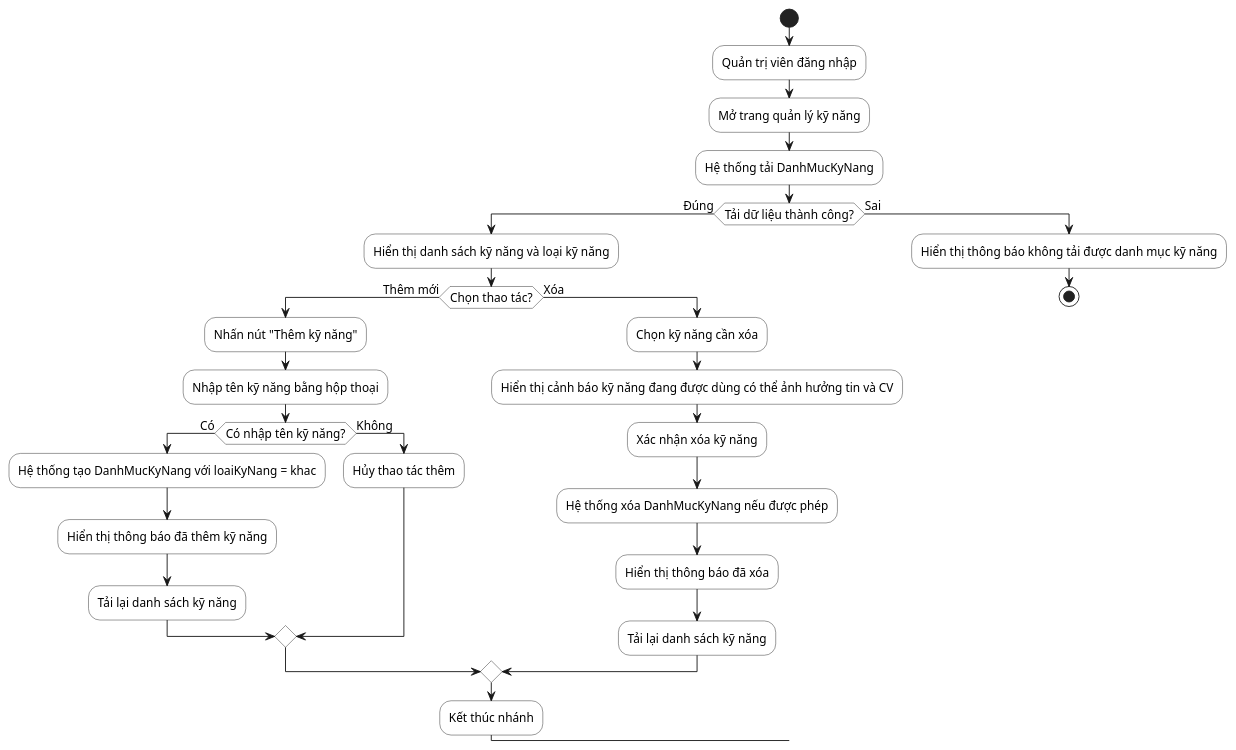
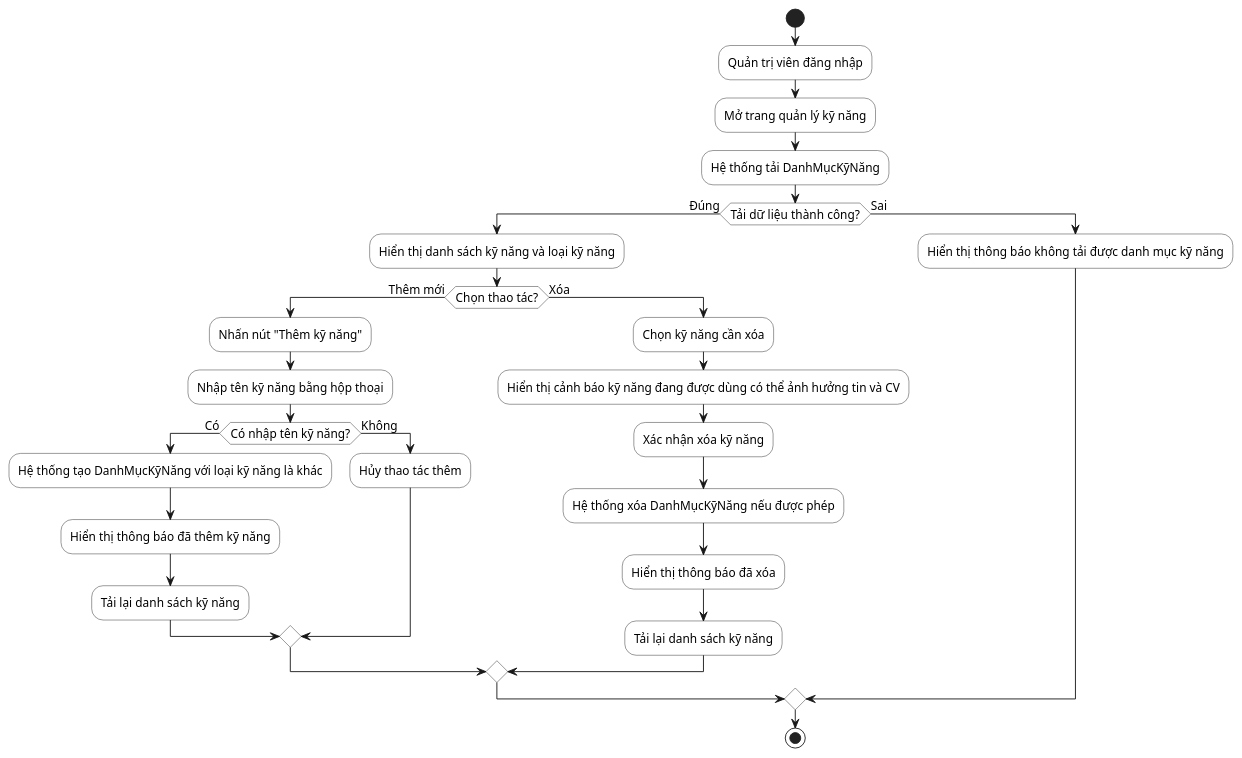
One commit to hole-six/DoAn changed the diagram in docs/so-do/02-activity/23-activity-quan-ly-danh-muc-ky-nang.puml. Above: the diagram before and after it, drawn with PlantUML. The commit also changed 1039 other files, not shown here.

```diff
--- a/docs/so-do/02-activity/23-activity-quan-ly-danh-muc-ky-nang.puml
+++ b/docs/so-do/02-activity/23-activity-quan-ly-danh-muc-ky-nang.puml
@@ -1,42 +1,41 @@
 @startuml
 skinparam defaultFontName "Segoe UI"
 skinparam defaultFontSize 13
 skinparam shadowing false
 skinparam linetype ortho
 skinparam activity {
   BackgroundColor White
   BorderColor #222222
   DiamondBackgroundColor White
   DiamondBorderColor #222222
   BarColor #111111
 }
 start
 :Quản trị viên đăng nhập;
 :Mở trang quản lý kỹ năng;
-:Hệ thống tải DanhMucKyNang;
+:Hệ thống tải DanhMụcKỹNăng;
 if (Tải dữ liệu thành công?) then (Đúng)
   :Hiển thị danh sách kỹ năng và loại kỹ năng;
   if (Chọn thao tác?) then (Thêm mới)
     :Nhấn nút "Thêm kỹ năng";
     :Nhập tên kỹ năng bằng hộp thoại;
     if (Có nhập tên kỹ năng?) then (Có)
-      :Hệ thống tạo DanhMucKyNang với loaiKyNang = khac;
+      :Hệ thống tạo DanhMụcKỹNăng với loại kỹ năng là khác;
       :Hiển thị thông báo đã thêm kỹ năng;
       :Tải lại danh sách kỹ năng;
     else (Không)
       :Hủy thao tác thêm;
     endif
   else (Xóa)
     :Chọn kỹ năng cần xóa;
     :Hiển thị cảnh báo kỹ năng đang được dùng có thể ảnh hưởng tin và CV;
     :Xác nhận xóa kỹ năng;
-    :Hệ thống xóa DanhMucKyNang nếu được phép;
+    :Hệ thống xóa DanhMụcKỹNăng nếu được phép;
     :Hiển thị thông báo đã xóa;
     :Tải lại danh sách kỹ năng;
   endif
-  :Kết thúc nhánh;
 else (Sai)
   :Hiển thị thông báo không tải được danh mục kỹ năng;
-  stop
 endif
+stop
 @enduml
```
